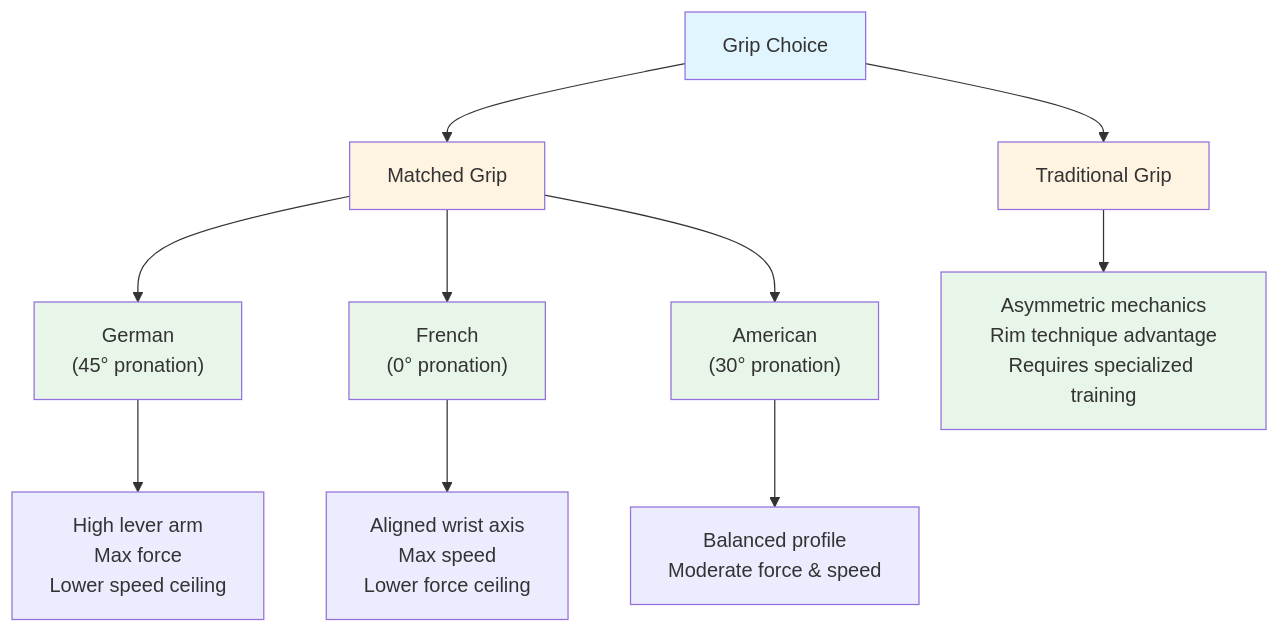
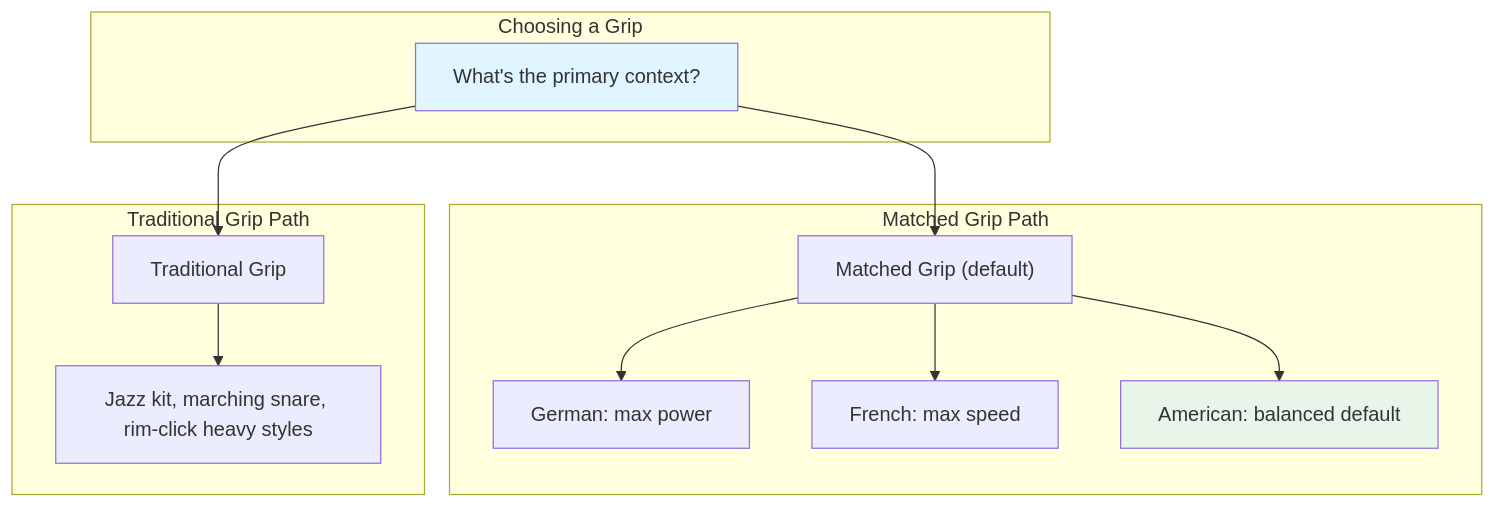
One commit to blebleblee/synapse changed the first of 2 diagrams in topics/arts/music_performance/percussion/lesson_02_stick_techniques.md. Above: the diagram before and after it, drawn with Mermaid. The commit also changed other lines of this file and 4 other files, not shown here.

````diff
--- a/topics/arts/music_performance/percussion/lesson_02_stick_techniques.md
+++ b/topics/arts/music_performance/percussion/lesson_02_stick_techniques.md
@@ -65,23 +53,26 @@
 ```mermaid
 flowchart TD
-    A["Grip Choice"] --> B["Matched Grip"]
-    A --> C["Traditional Grip"]
-    
-    B --> D["German\n(45° pronation)"]
-    B --> E["French\n(0° pronation)"]
-    B --> F["American\n(30° pronation)"]
-    
-    D --> G["High lever arm\nMax force\nLower speed ceiling"]
-    E --> H["Aligned wrist axis\nMax speed\nLower force ceiling"]
-    F --> I["Balanced profile\nModerate force & speed"]
-    
-    C --> J["Asymmetric mechanics\nRim technique advantage\nRequires specialized training"]
-    
+    subgraph sub_grip_decision ["Choosing a Grip"]
+        A["What's the primary context?"]
+    end
+    subgraph sub_matched_path ["Matched Grip Path"]
+        B["Matched Grip (default)"]
+        D["German: max power"]
+        E["French: max speed"]
+        F["American: balanced default"]
+    end
+    subgraph sub_traditional_path ["Traditional Grip Path"]
+        C["Traditional Grip"]
+        G["Jazz kit, marching snare, rim-click heavy styles"]
+    end
+
+    A --> B
+    A --> C
+    B --> D
+    B --> E
+    B --> F
+    C --> G
+
     style A fill:#e1f5ff
-    style B fill:#fff4e1
-    style C fill:#fff4e1
-    style D fill:#e8f5e9
-    style E fill:#e8f5e9
     style F fill:#e8f5e9
-    style J fill:#e8f5e9
 ```
````
